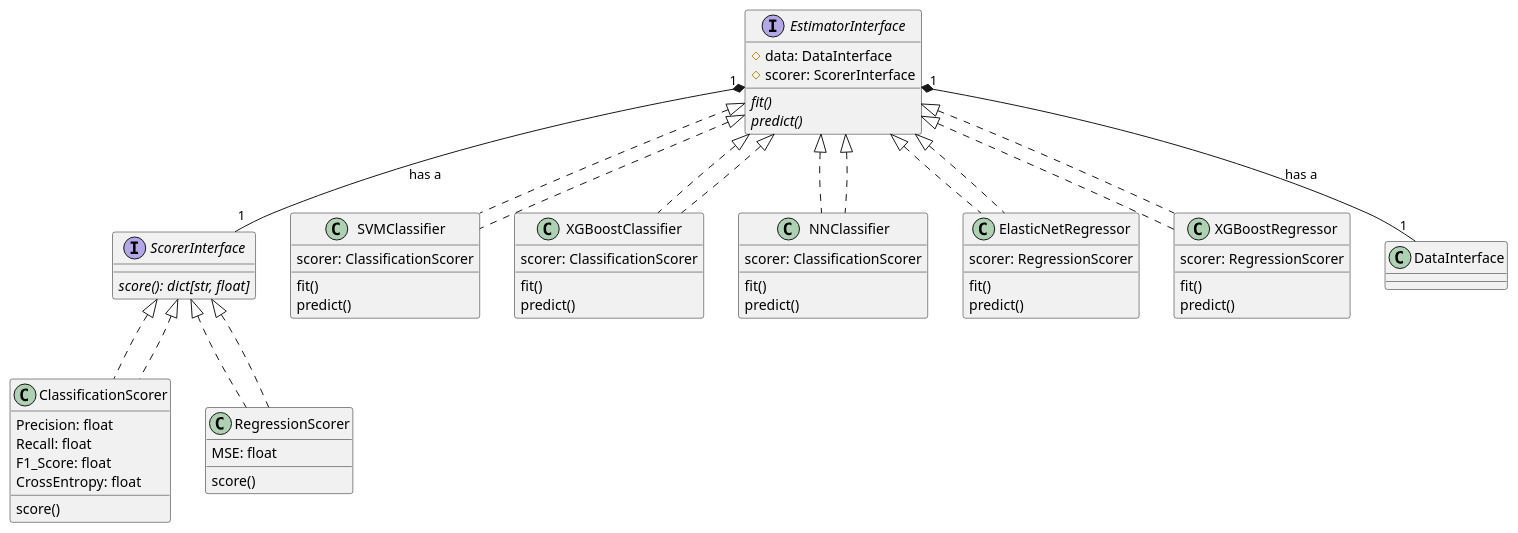
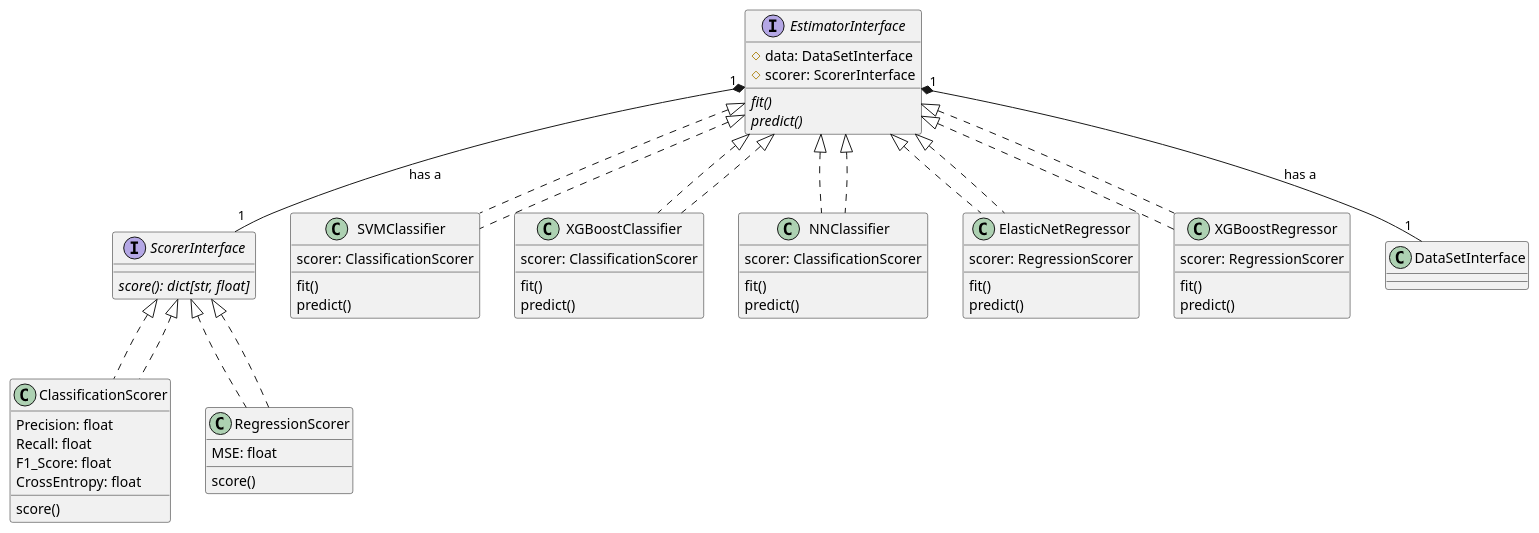
One commit to tloeber/ML-interfaces changed the diagram in docs/uml/estimator.puml. Above: the diagram before and after it, drawn with PlantUML. The commit also changed 14 other files, not shown here.

Commit message:
Move reader and writer from container to data*set*.

```diff
--- a/docs/uml/estimator.puml
+++ b/docs/uml/estimator.puml
@@ -1,68 +1,68 @@
 @startuml
 ' Definition for ScorerInterface
 interface ScorerInterface {
   {abstract} score(): dict[str, float]
 }
 
 class ClassificationScorer implements ScorerInterface {
   Precision: float
   Recall: float
   F1_Score: float
   CrossEntropy: float
   score()
 }
 
 class RegressionScorer implements ScorerInterface {
   MSE: float
   score()
 }
 
 ScorerInterface <|.. ClassificationScorer
 ScorerInterface <|.. RegressionScorer
 
 ' Definition for EstimatorInterface
 interface EstimatorInterface {
-  #data: DataInterface
+  #data: DataSetInterface
   #scorer: ScorerInterface
   {abstract} fit()
   {abstract} predict()
 }
 
 class SVMClassifier implements EstimatorInterface {
   fit()
   predict()
   scorer: ClassificationScorer
 }
 
 class XGBoostClassifier implements EstimatorInterface {
   fit()
   predict()
   scorer: ClassificationScorer
 }
 
 class NNClassifier implements EstimatorInterface {
   fit()
   predict()
   scorer: ClassificationScorer
 }
 
 class ElasticNetRegressor implements EstimatorInterface {
   fit()
   predict()
   scorer: RegressionScorer
 }
 
 class XGBoostRegressor implements EstimatorInterface {
   fit()
   predict()
   scorer: RegressionScorer
 }
 
 EstimatorInterface <|.. SVMClassifier
 EstimatorInterface <|.. XGBoostClassifier
 EstimatorInterface <|.. NNClassifier
 EstimatorInterface <|.. ElasticNetRegressor
 EstimatorInterface <|.. XGBoostRegressor
 EstimatorInterface "1" *-- "1" ScorerInterface: has a
-EstimatorInterface "1" *-- "1" DataInterface: has a
+EstimatorInterface "1" *-- "1" DataSetInterface: has a
 @enduml
```
